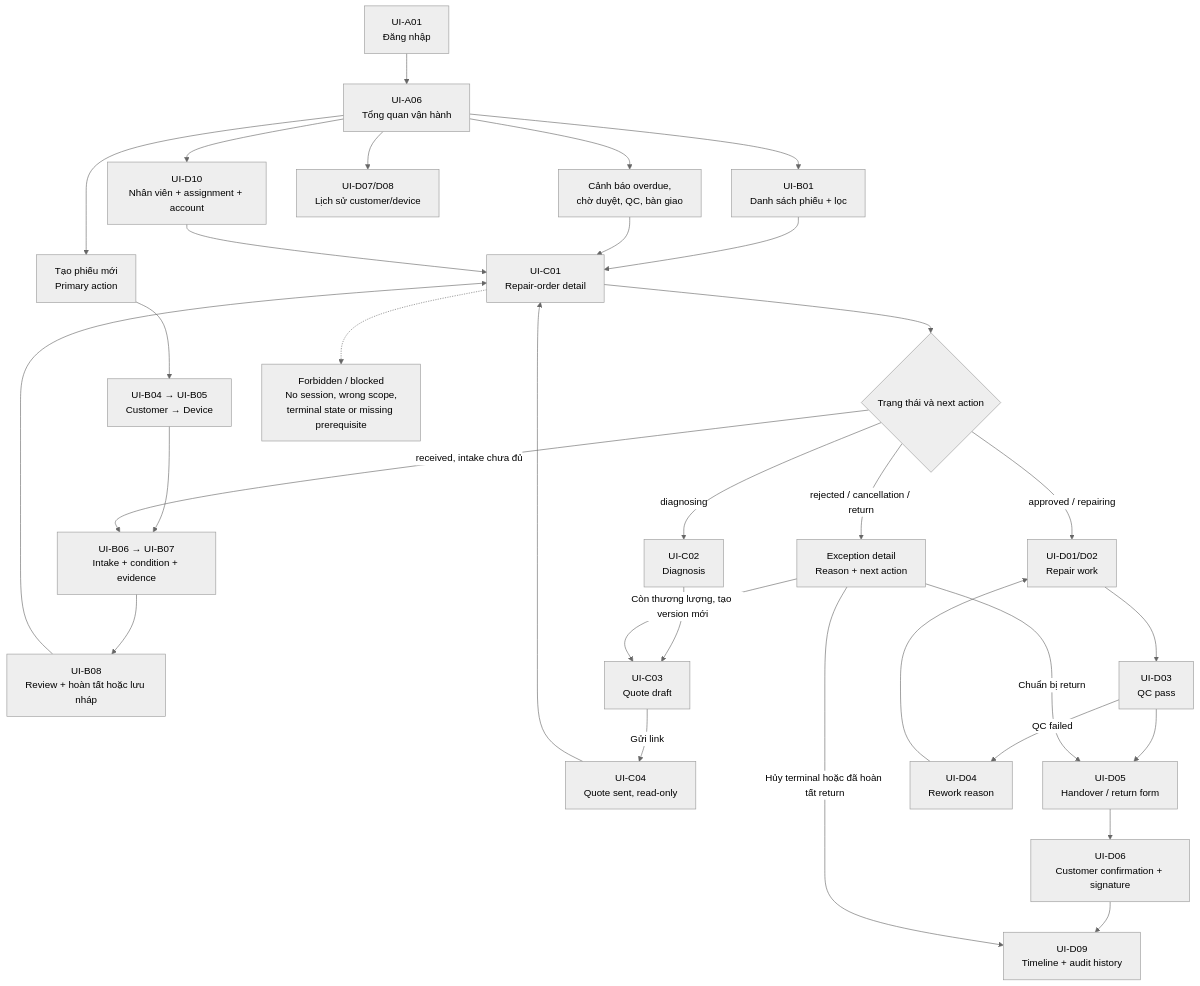
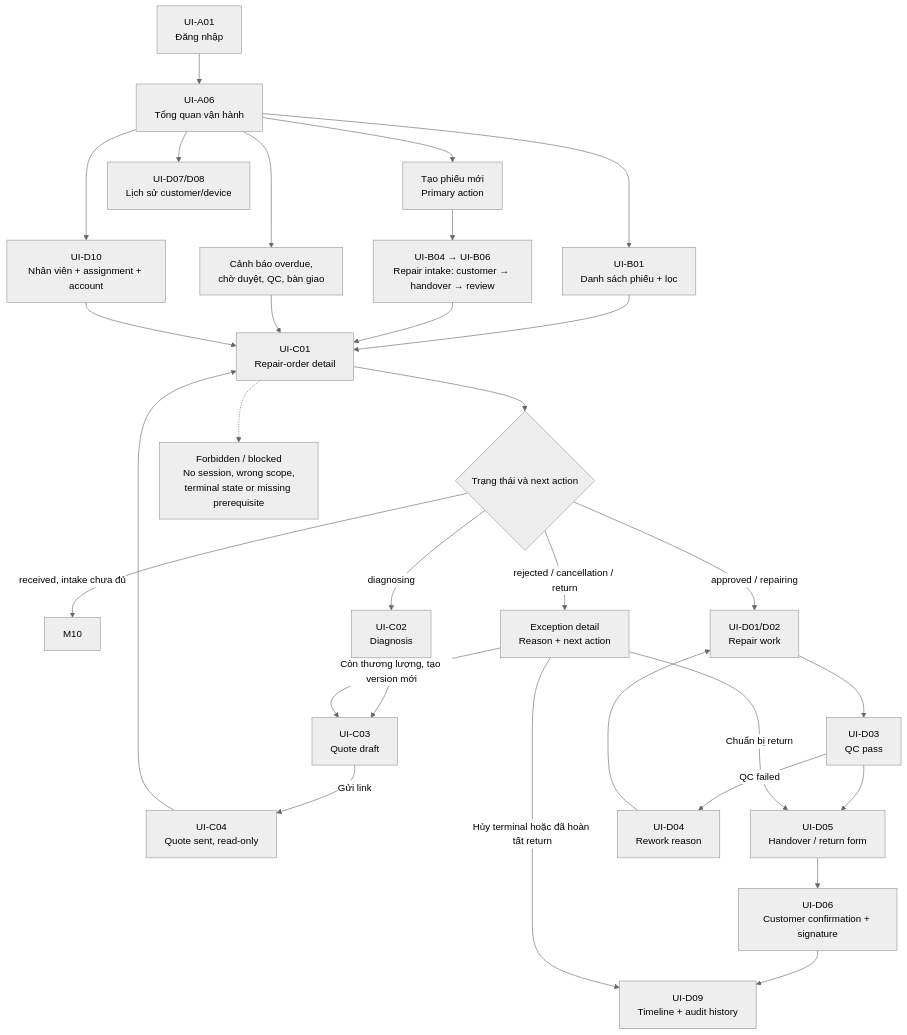
The first of 4 diagrams in docs/v0/06-ui-requirements.md (datdt03/DOTHANHDAT_INTERN_01278), drawn with Mermaid (neutral theme) before and after one commit. The commit also changed other lines of this file and 10 other files, not shown here.

First line of the commit message:
feat(workflow): implement repair intake workflow for customer and device management

````diff
--- a/docs/v0/06-ui-requirements.md
+++ b/docs/v0/06-ui-requirements.md
@@ -109,41 +109,39 @@
 ```mermaid
 flowchart TD
     M01["UI-A01<br/>Đăng nhập"] --> M02["UI-A06<br/>Tổng quan vận hành"]
 
     M02 --> M03["UI-B01<br/>Danh sách phiếu + lọc"]
     M02 --> M04["Tạo phiếu mới<br/>Primary action"]
     M02 --> M05["UI-D10<br/>Nhân viên + assignment + account"]
     M02 --> M06["UI-D07/D08<br/>Lịch sử customer/device"]
     M02 --> M07["Cảnh báo overdue,<br/>chờ duyệt, QC, bàn giao"]
 
     M03 --> M08["UI-C01<br/>Repair-order detail"]
-    M04 --> M09["UI-B04 → UI-B05<br/>Customer → Device"]
-    M09 --> M10["UI-B06 → UI-B07<br/>Intake + condition + evidence"]
-    M10 --> M11["UI-B08<br/>Review + hoàn tất hoặc lưu nháp"]
-    M11 --> M08
+    M04 --> M09["UI-B04 → UI-B06<br/>Repair intake: customer → handover → review"]
+    M09 --> M08
 
     M08 --> M12{"Trạng thái và next action"}
     M12 -->|received, intake chưa đủ| M10
     M12 -->|diagnosing| M13["UI-C02<br/>Diagnosis"]
     M13 --> M14["UI-C03<br/>Quote draft"]
     M14 -->|Gửi link| M15["UI-C04<br/>Quote sent, read-only"]
     M15 --> M08
 
     M12 -->|approved / repairing| M16["UI-D01/D02<br/>Repair work"]
     M16 --> M17["UI-D03<br/>QC pass"]
     M17 --> M18["UI-D05<br/>Handover / return form"]
     M18 --> M19["UI-D06<br/>Customer confirmation + signature"]
     M19 --> M20["UI-D09<br/>Timeline + audit history"]
 
     M17 -->|QC failed| M21["UI-D04<br/>Rework reason"]
     M21 --> M16
 
     M12 -->|rejected / cancellation / return| M22["Exception detail<br/>Reason + next action"]
     M22 -->|Còn thương lượng, tạo version mới| M14
     M22 -->|Hủy terminal hoặc đã hoàn tất return| M20
     M22 -->|Chuẩn bị return| M18
     M07 --> M08
     M05 --> M08
 
     M08 -.-> M23["Forbidden / blocked<br/>No session, wrong scope,<br/>terminal state or missing prerequisite"]
 ```
````
